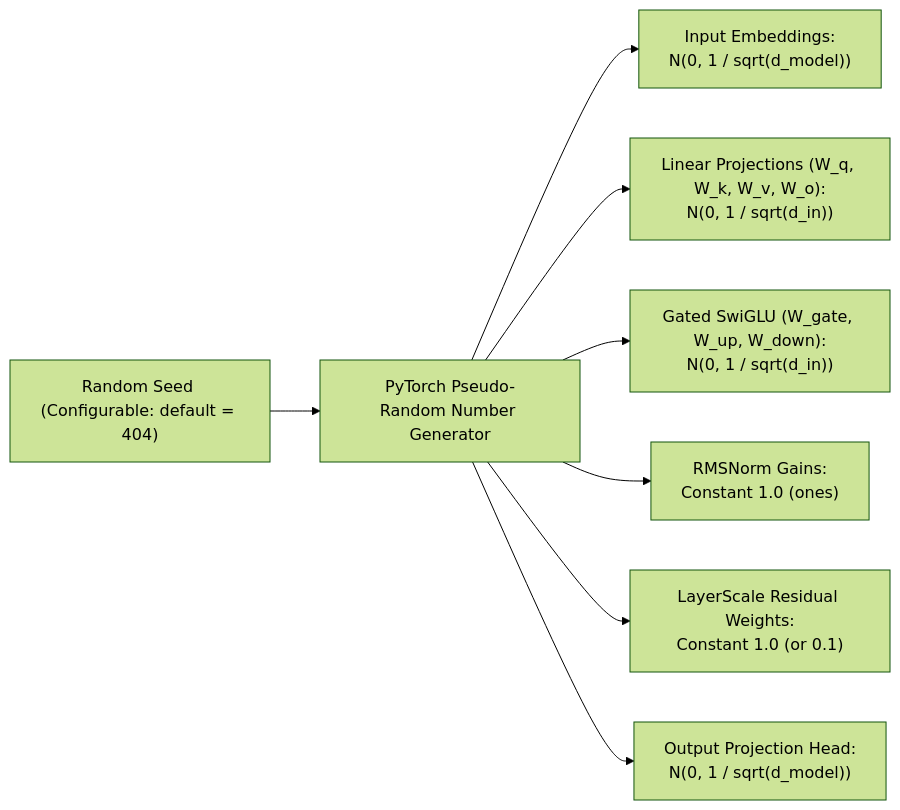
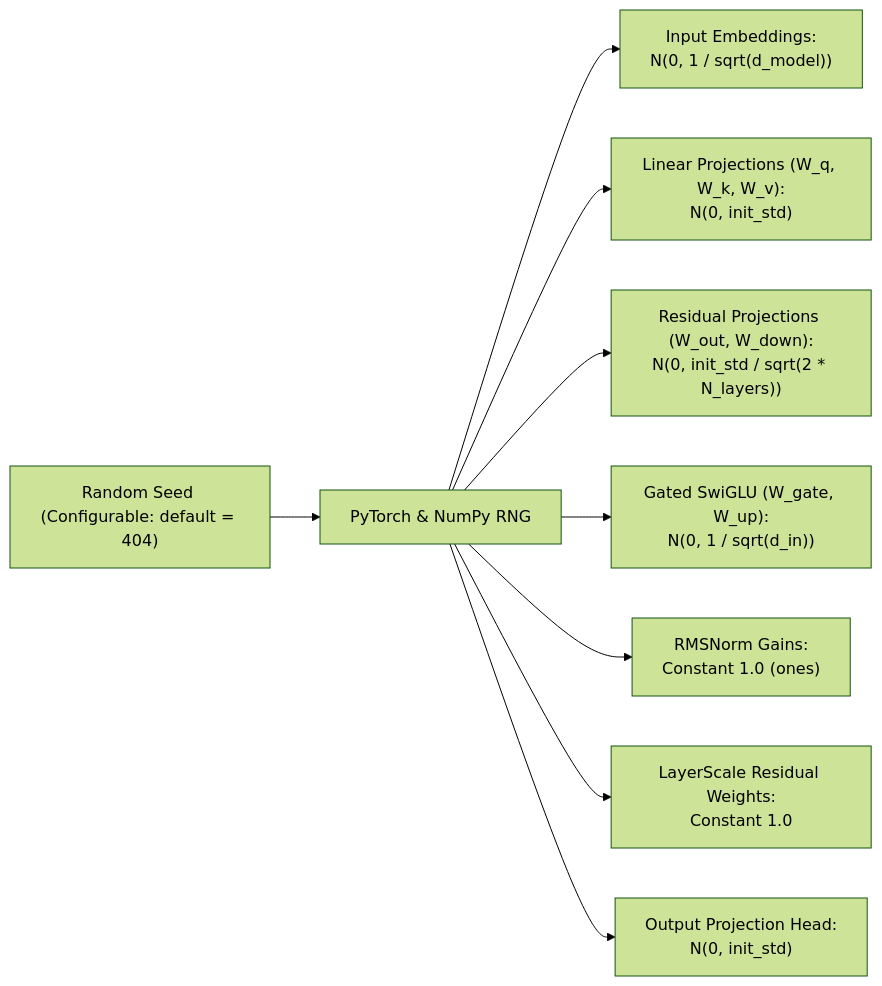
Before and after one commit to priyanshu-yadavv/404-Founders-AI: the diagram in docs/MODEL_INITIALIZATION.md, drawn with Mermaid (forest theme). The commit also changed other lines of this file and 65 other files, not shown here.

````diff
--- a/docs/MODEL_INITIALIZATION.md
+++ b/docs/MODEL_INITIALIZATION.md
@@ -22,11 +23,12 @@
 ```mermaid
 flowchart LR
-    Seed["Random Seed (Configurable: default = 404)"] --> PRNG["PyTorch Pseudo-Random Number Generator"]
+    Seed["Random Seed (Configurable: default = 404)"] --> PRNG["PyTorch & NumPy RNG"]
     
     PRNG --> InEmbed["Input Embeddings:<br/>N(0, 1 / sqrt(d_model))"]
-    PRNG --> LinearProj["Linear Projections (W_q, W_k, W_v, W_o):<br/>N(0, 1 / sqrt(d_in))"]
-    PRNG --> SwiGLU["Gated SwiGLU (W_gate, W_up, W_down):<br/>N(0, 1 / sqrt(d_in))"]
+    PRNG --> LinearProj["Linear Projections (W_q, W_k, W_v):<br/>N(0, init_std)"]
+    PRNG --> ResProj["Residual Projections (W_out, W_down):<br/>N(0, init_std / sqrt(2 * N_layers))"]
+    PRNG --> SwiGLU["Gated SwiGLU (W_gate, W_up):<br/>N(0, 1 / sqrt(d_in))"]
     PRNG --> Norm["RMSNorm Gains:<br/>Constant 1.0 (ones)"]
-    PRNG --> ResidualScale["LayerScale Residual Weights:<br/>Constant 1.0 (or 0.1)"]
-    PRNG --> OutHead["Output Projection Head:<br/>N(0, 1 / sqrt(d_model))"]
+    PRNG --> ResidualScale["LayerScale Residual Weights:<br/>Constant 1.0"]
+    PRNG --> OutHead["Output Projection Head:<br/>N(0, init_std)"]
 ```
````
